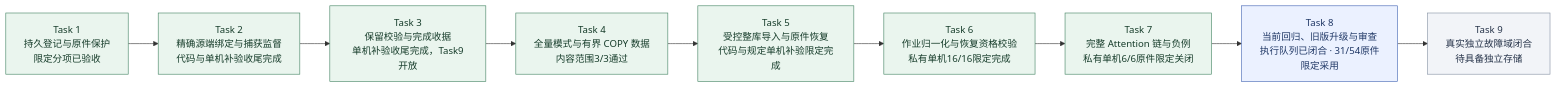
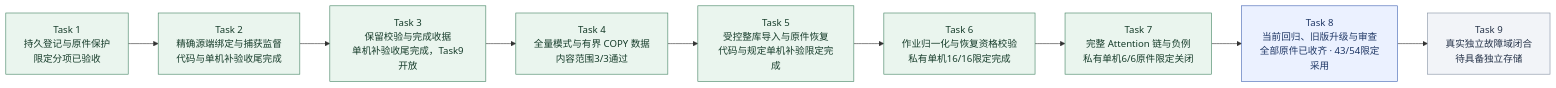
Before and after one commit to MansurnamedZhang/learning-system-p0c4: the second of 9 diagrams in docs/KnowWeave实施路线与系统架构.md, drawn with Mermaid. The commit also changed other lines of this file and 10 other files, not shown here.

````diff
--- a/docs/KnowWeave实施路线与系统架构.md
+++ b/docs/KnowWeave实施路线与系统架构.md
@@ -81,26 +80,26 @@
 ```mermaid
 flowchart LR
     C4T1["Task 1<br/>持久登记与原件保护<br/>限定分项已验收"]
     C4T2["Task 2<br/>精确源端绑定与捕获监督<br/>代码与单机补验收尾完成"]
     C4T3["Task 3<br/>保留校验与完成收据<br/>单机补验收尾完成，Task9开放"]
     C4T4["Task 4<br/>全量模式与有界 COPY 数据<br/>内容范围3/3通过"]
     C4T5["Task 5<br/>受控整库导入与原件恢复<br/>代码与规定单机补验限定完成"]
     C4T6["Task 6<br/>作业归一化与恢复资格校验<br/>私有单机16/16限定完成"]
     C4T7["Task 7<br/>完整 Attention 链与负例<br/>私有单机6/6原件限定关闭"]
-    C4T8["Task 8<br/>当前回归、旧版升级与审查<br/>执行队列已闭合 · 31/54原件限定采用"]
+    C4T8["Task 8<br/>当前回归、旧版升级与审查<br/>全部原件已收齐 · 43/54限定采用"]
     C4T9["Task 9<br/>真实独立故障域闭合<br/>待具备独立存储"]
     C4T1 --> C4T2
     C4T2 --> C4T3
     C4T3 --> C4T4
     C4T4 --> C4T5
     C4T5 --> C4T6
     C4T6 --> C4T7
     C4T7 --> C4T8
     C4T8 --> C4T9
     class C4T1,C4T2,C4T3,C4T4,C4T5,C4T6,C4T7 done
     class C4T8 next
     class C4T9 planned
     classDef done fill:#eaf5ee,stroke:#438363,color:#173d2b
     classDef next fill:#ebf1ff,stroke:#4365b4,color:#203866
     classDef planned fill:#f2f4f8,stroke:#8591a3,color:#28354b
 ```
````
